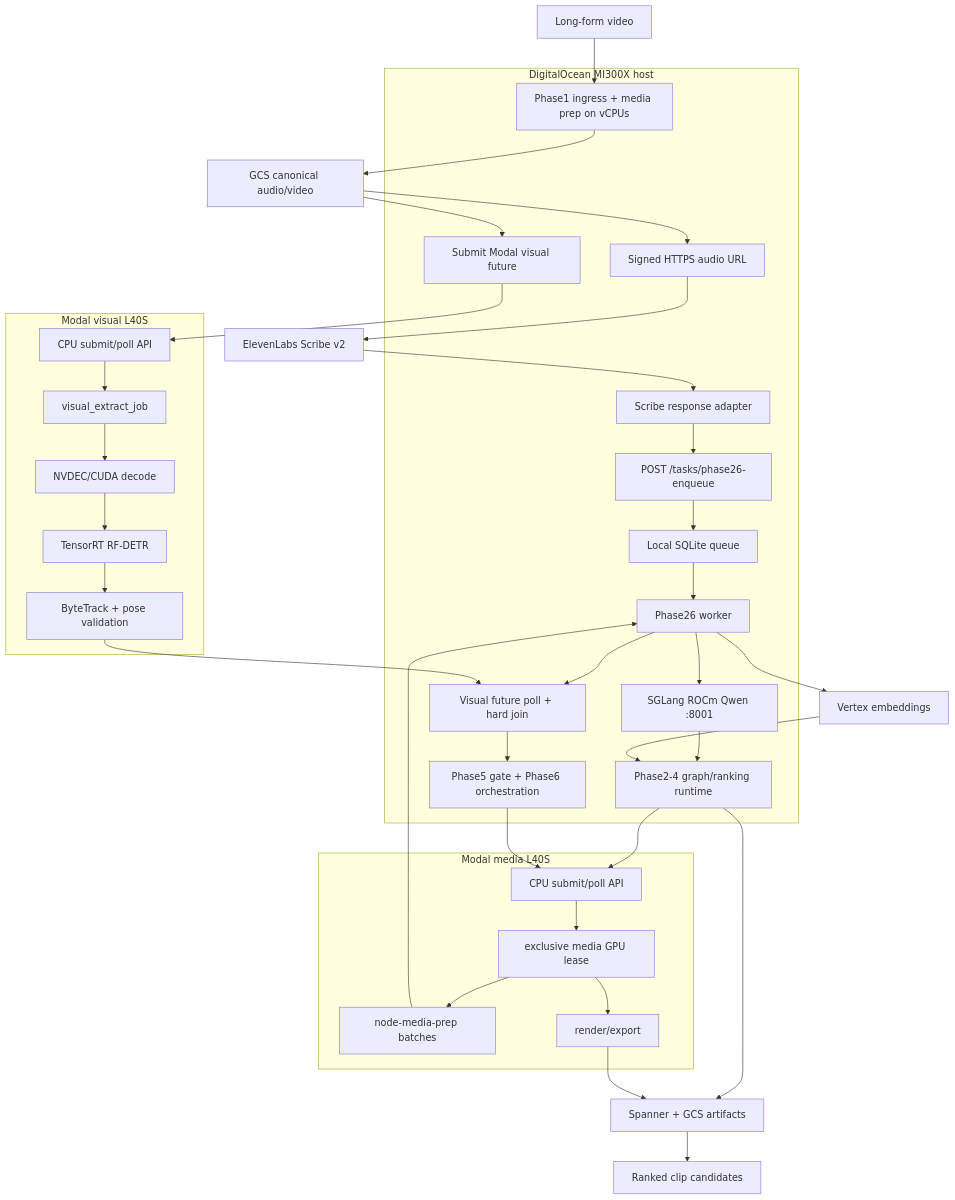
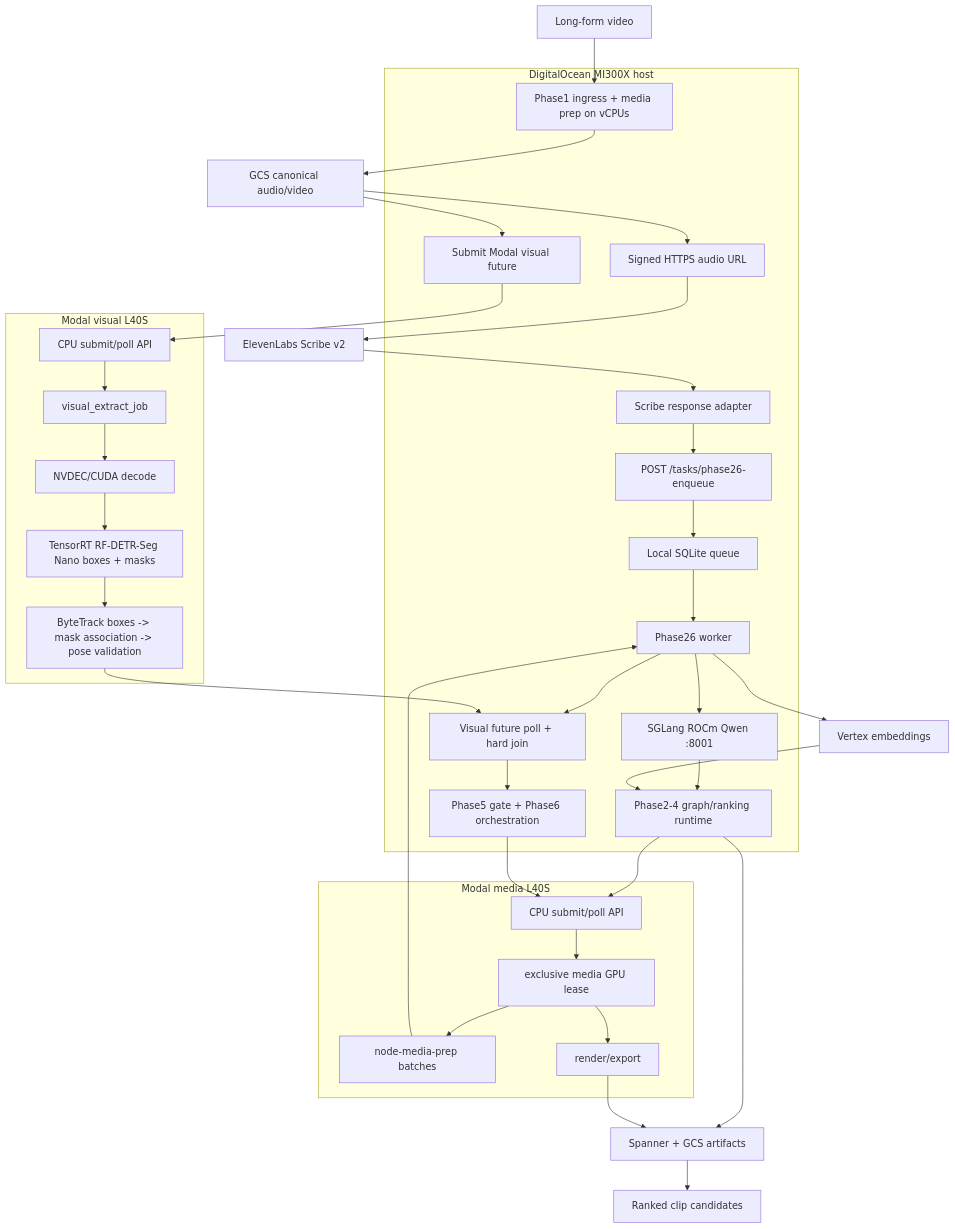
One commit to ClyptAI/Clypt-Backend changed the first of 2 diagrams in README.md. Above: the diagram before and after it, drawn with Mermaid. The commit also changed other lines of this file and 29 other files, not shown here.

First line of the commit message:
Use RF-DETR-Seg Nano for Modal visual masks

````diff
--- a/README.md
+++ b/README.md
@@ -39,51 +39,51 @@
 ```mermaid
 flowchart TD
   source["Long-form video"]
   gcs["GCS canonical audio/video"]
   scribe["ElevenLabs Scribe v2"]
   vertex["Vertex embeddings"]
   spanner["Spanner + GCS artifacts"]
   ranked["Ranked clip candidates"]
 
   subgraph host["DigitalOcean MI300X host"]
     ingress["Phase1 ingress + media prep on vCPUs"]
     sign["Signed HTTPS audio URL"]
     visualSubmit["Submit Modal visual future"]
     adapt["Scribe response adapter"]
     dispatch["POST /tasks/phase26-enqueue"]
     queue["Local SQLite queue"]
     worker["Phase26 worker"]
     qwen["SGLang ROCm Qwen :8001"]
     visualJoin["Visual future poll + hard join"]
     phase24["Phase2-4 graph/ranking runtime"]
     phase56["Phase5 gate + Phase6 orchestration"]
   end
 
   subgraph visualPool["Modal visual L40S"]
     visualApi["CPU submit/poll API"]
     visualGpu["visual_extract_job"]
     decode["NVDEC/CUDA decode"]
-    rfdetr["TensorRT RF-DETR"]
-    track["ByteTrack + pose validation"]
+    rfdetr["TensorRT RF-DETR-Seg Nano boxes + masks"]
+    track["ByteTrack boxes -> mask association -> pose validation"]
   end
 
   subgraph mediaPool["Modal media L40S"]
     mediaApi["CPU submit/poll API"]
     lease["exclusive media GPU lease"]
     prep["node-media-prep batches"]
     render["render/export"]
   end
 
   source --> ingress --> gcs
   gcs --> sign --> scribe --> adapt
   gcs --> visualSubmit --> visualApi --> visualGpu --> decode --> rfdetr --> track
   adapt --> dispatch --> queue --> worker
   worker --> qwen --> phase24
   worker --> visualJoin
   track --> visualJoin
   phase24 --> mediaApi --> lease --> prep --> worker
   worker --> vertex --> phase24
   phase24 --> spanner --> ranked
   visualJoin --> phase56 --> mediaApi
   lease --> render --> spanner
 ```
````
